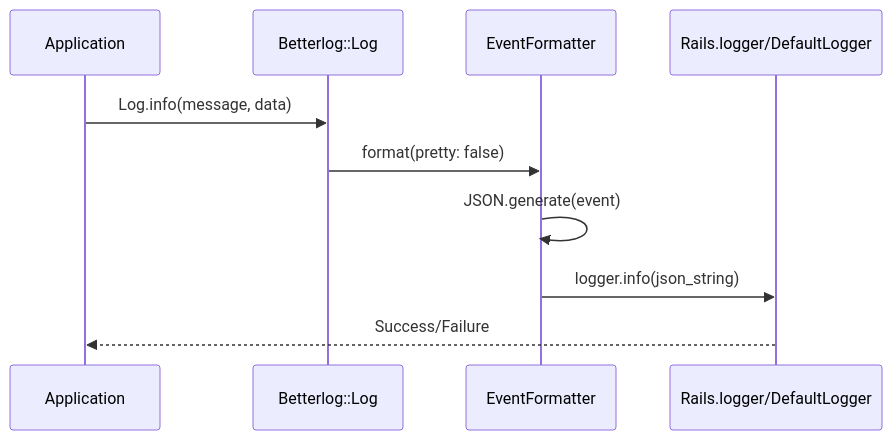
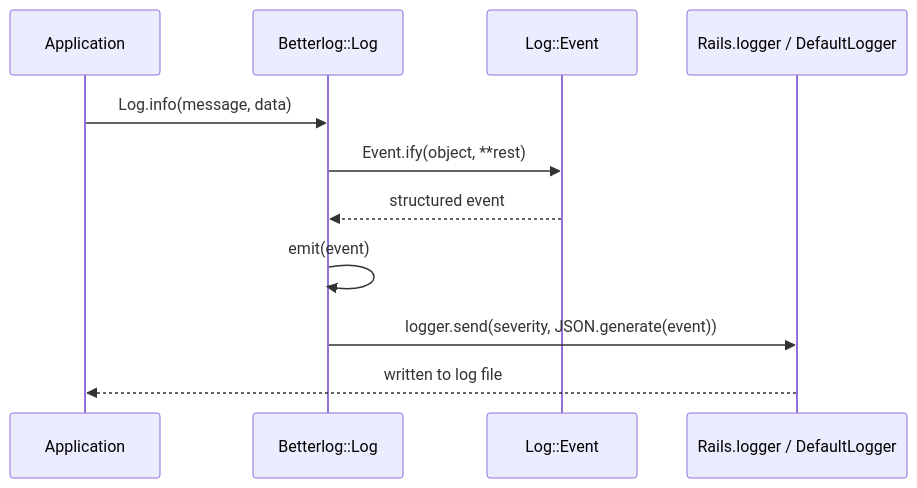
Before and after one commit to betterplace/betterlog: the second of 3 diagrams in README.md, drawn with Mermaid. The commit also changed other lines of this file, not shown here.

First line of the commit message:
[🛠️] Fix README diagrams and CLI flag docs

````diff
--- a/README.md
+++ b/README.md
@@ -150,13 +154,14 @@
 ```mermaid
 sequenceDiagram
     participant App as Application
     participant Log as Betterlog::Log
-    participant Formatter as EventFormatter
-    participant Logger as Rails.logger/DefaultLogger
+    participant Event as Log::Event
+    participant Logger as Rails.logger / DefaultLogger
 
     App->>Log: Log.info(message, data)
-    Log->>Formatter: format(pretty: false)
-    Formatter->>Formatter: JSON.generate(event)
-    Formatter->>Logger: logger.info(json_string)
-    Logger-->>App: Success/Failure
+    Log->>Event: Event.ify(object, **rest)
+    Event-->>Log: structured event
+    Log->>Log: emit(event)
+    Log->>Logger: logger.send(severity, JSON.generate(event))
+    Logger-->>App: written to log file
 ```
````
